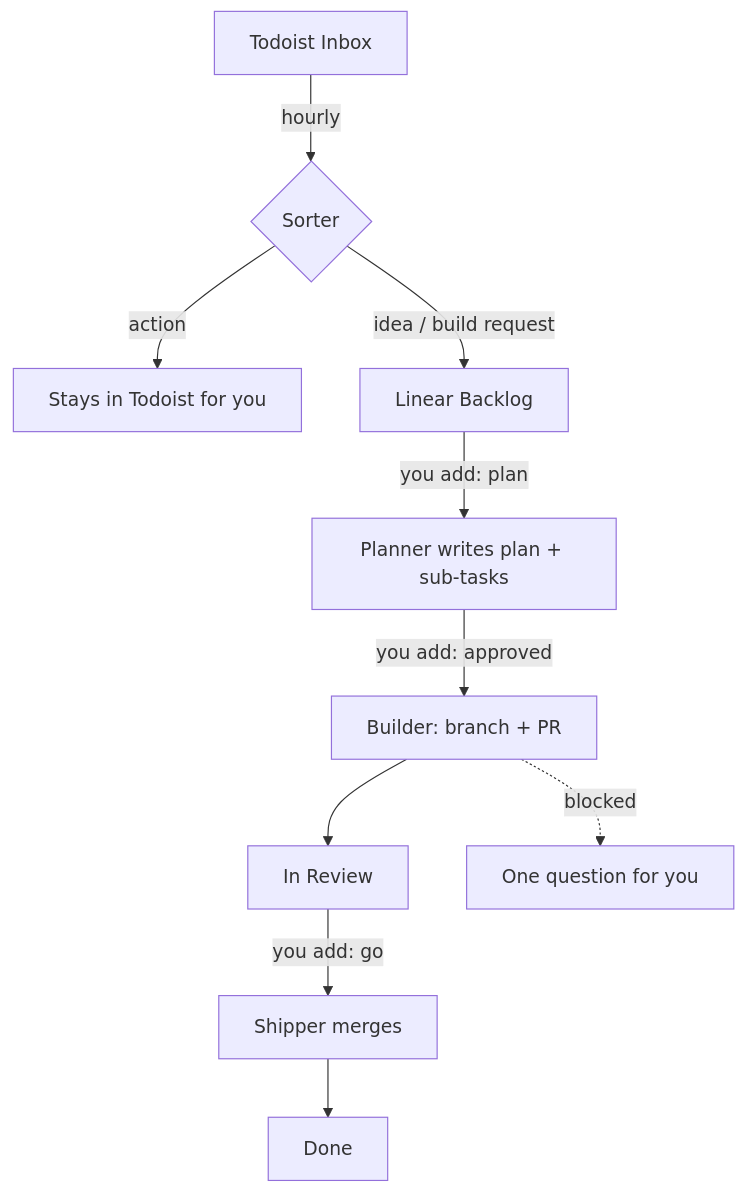
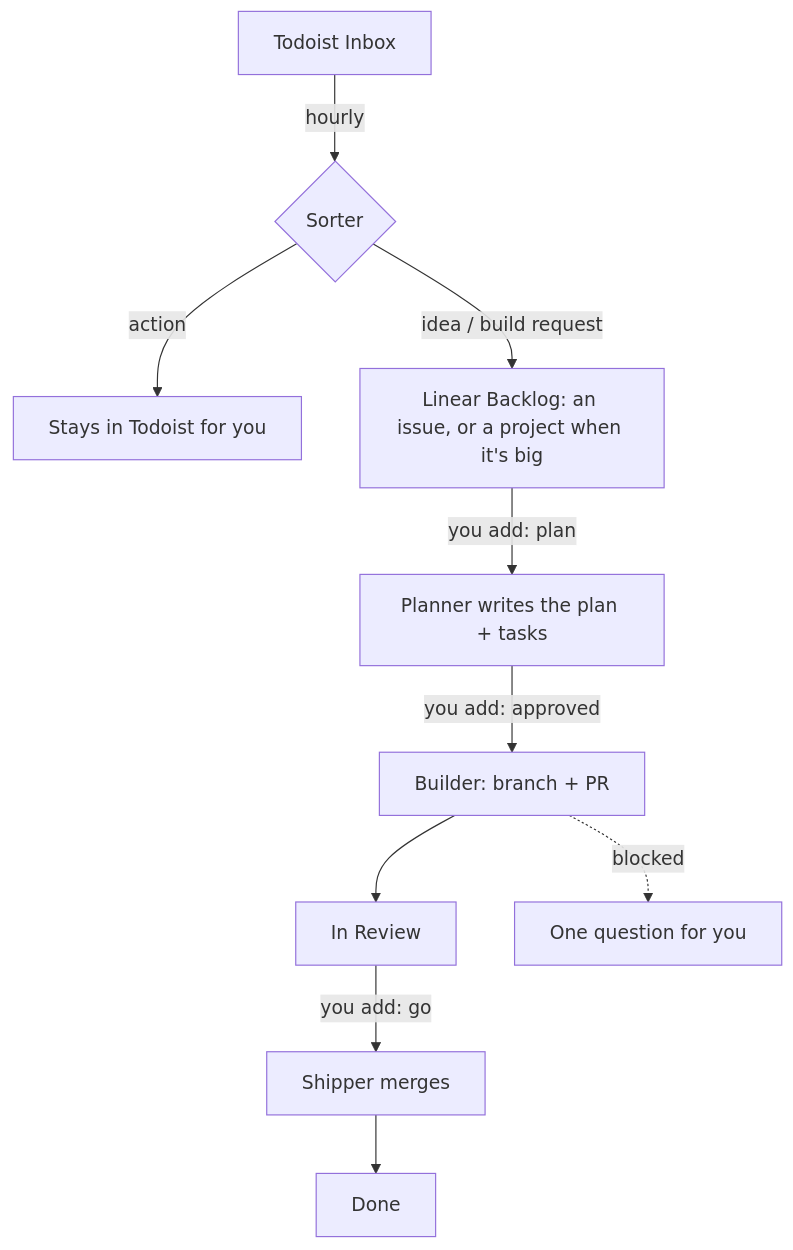
Before and after one commit to Cxjlabs/cxj-flow: the diagram in README.md, drawn with Mermaid. The commit also changed other lines of this file and 7 other files, not shown here.

First line of the commit message:
Project-first planning; dispatcher survives refused non-Linear tools

````diff
--- a/README.md
+++ b/README.md
@@ -7,12 +7,12 @@
 ```mermaid
 flowchart TD
   T[Todoist Inbox] -->|hourly| S{Sorter}
   S -->|action| A[Stays in Todoist for you]
-  S -->|idea / build request| L[Linear Backlog]
-  L -->|you add: plan| P[Planner writes plan + sub-tasks]
+  S -->|idea / build request| L[Linear Backlog: an issue, or a project when it's big]
+  L -->|you add: plan| P[Planner writes the plan + tasks]
   P -->|you add: approved| B[Builder: branch + PR]
   B --> R[In Review]
   B -.->|blocked| Q[One question for you]
   R -->|you add: go| SH[Shipper merges]
   SH --> D[Done]
 ```
````
